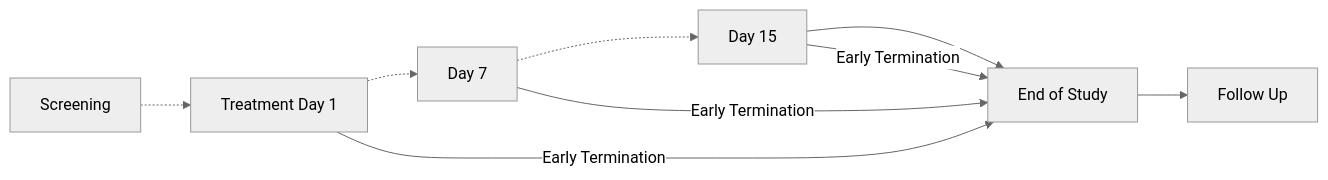
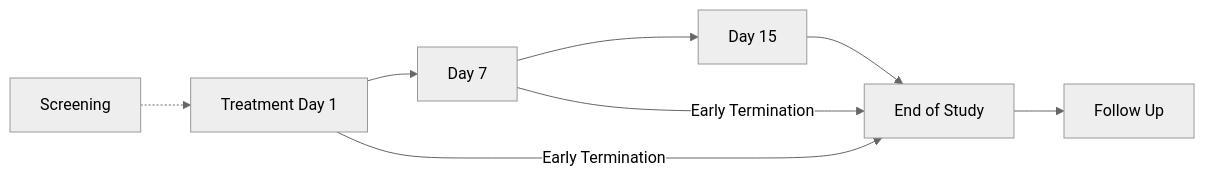
One commit to HL7/Vulcan-schedule-ig changed the second of 4 diagrams in input/pagecontent/dynamic-visit-plans.md. Above: the diagram before and after it, drawn with Mermaid (neutral theme). The commit also changed other lines of this file and 6 other files, not shown here.

````diff
--- a/input/pagecontent/dynamic-visit-plans.md
+++ b/input/pagecontent/dynamic-visit-plans.md
@@ -292,17 +292,16 @@
 ```mermaid
 graph LR;
   StudyVisit01[Screening]
   StudyVisit03Day1[Treatment Day 1]
   StudyVisit04Day7[Day 7]
   StudyVisit05Day15[Day 15]
   StudyVisitEoS[End of Study]
   StudyVisitFollowUp[Follow Up]
   StudyVisit01-.->StudyVisit03Day1
-  StudyVisit03Day1-.->StudyVisit04Day7
-  StudyVisit04Day7-.->StudyVisit05Day15
+  StudyVisit03Day1-->StudyVisit04Day7
+  StudyVisit04Day7-->StudyVisit05Day15
   StudyVisit05Day15-->StudyVisitEoS
   StudyVisitEoS-->StudyVisitFollowUp
   StudyVisit03Day1--Early Termination-->StudyVisitEoS
   StudyVisit04Day7--Early Termination-->StudyVisitEoS
-  StudyVisit05Day15--Early Termination-->StudyVisitEoS
 ```
````
